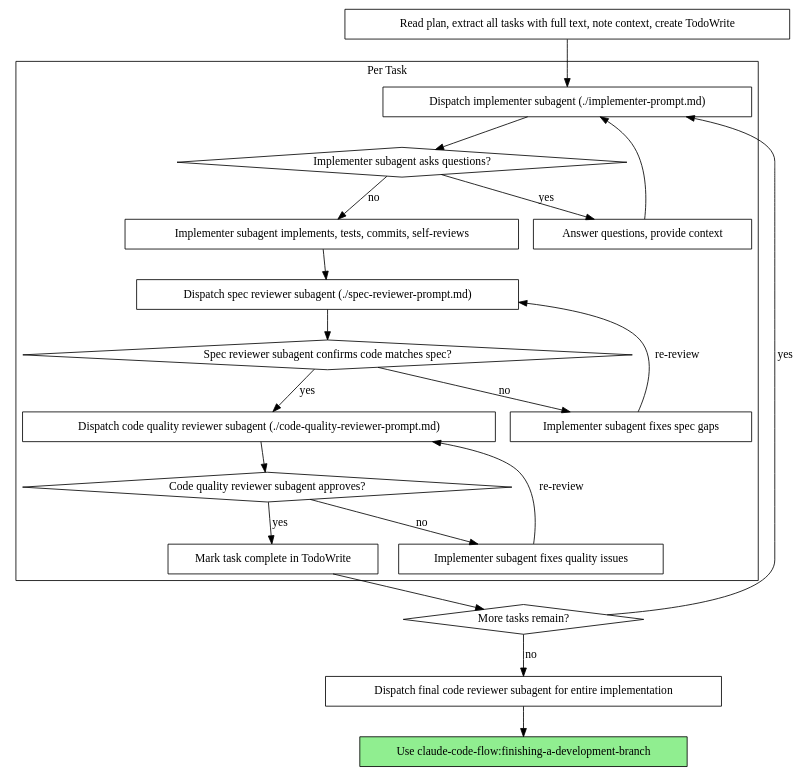
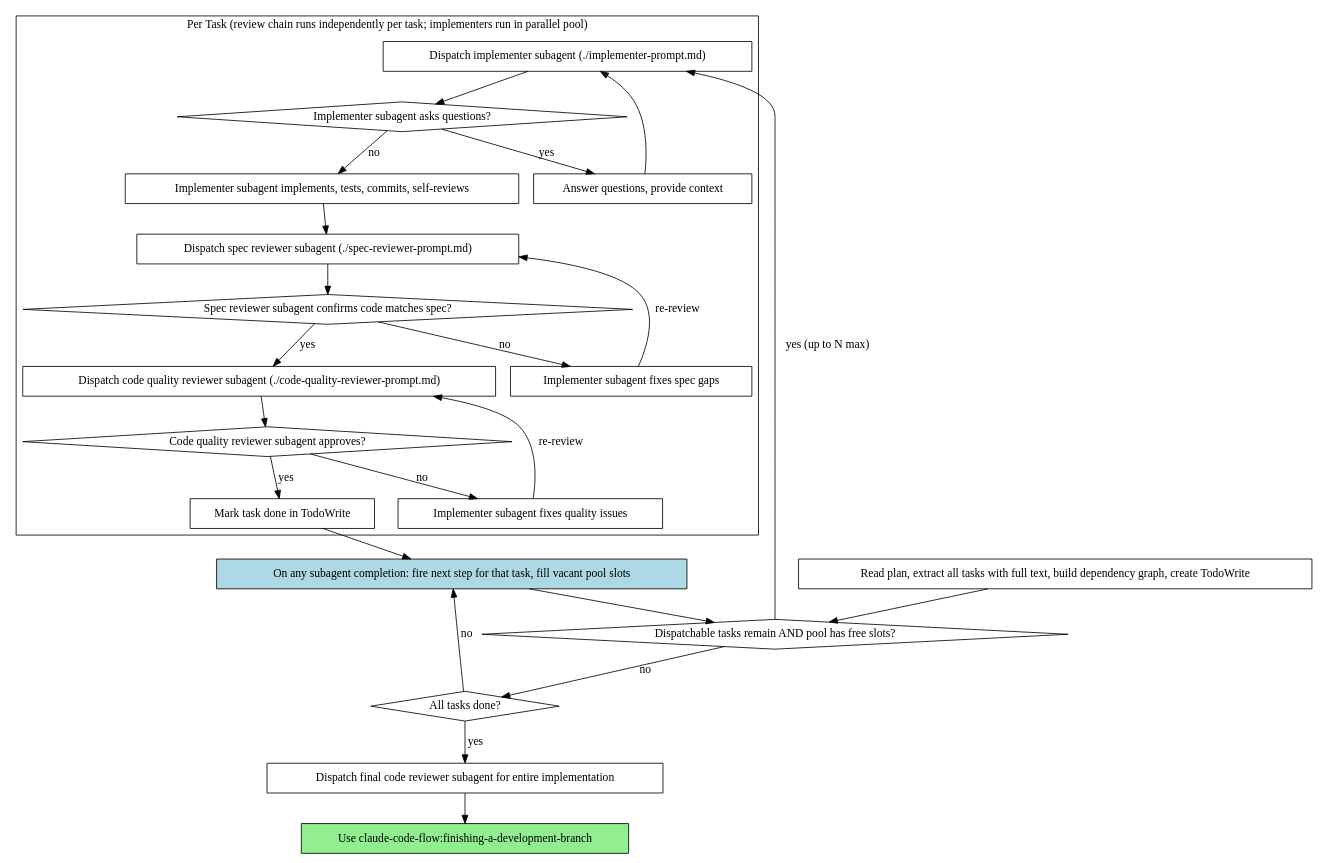
The second of 2 diagrams in skills/subagent-driven-development/SKILL.md (hgl-pong/claude-code-flow), drawn with Graphviz before and after one commit. The commit also changed other lines of this file and 9 other files, not shown here.

First line of the commit message:
feat(subagent-driven-dev): add parallel pool dispatch with dependency graph

````diff
--- a/skills/subagent-driven-development/SKILL.md
+++ b/skills/subagent-driven-development/SKILL.md
@@ -41,44 +41,49 @@
 ```dot
 digraph process {
     rankdir=TB;
 
     subgraph cluster_per_task {
-        label="Per Task";
+        label="Per Task (review chain runs independently per task; implementers run in parallel pool)";
         "Dispatch implementer subagent (./implementer-prompt.md)" [shape=box];
         "Implementer subagent asks questions?" [shape=diamond];
         "Answer questions, provide context" [shape=box];
         "Implementer subagent implements, tests, commits, self-reviews" [shape=box];
         "Dispatch spec reviewer subagent (./spec-reviewer-prompt.md)" [shape=box];
         "Spec reviewer subagent confirms code matches spec?" [shape=diamond];
         "Implementer subagent fixes spec gaps" [shape=box];
         "Dispatch code quality reviewer subagent (./code-quality-reviewer-prompt.md)" [shape=box];
         "Code quality reviewer subagent approves?" [shape=diamond];
         "Implementer subagent fixes quality issues" [shape=box];
-        "Mark task complete in TodoWrite" [shape=box];
+        "Mark task done in TodoWrite" [shape=box];
     }
 
-    "Read plan, extract all tasks with full text, note context, create TodoWrite" [shape=box];
-    "More tasks remain?" [shape=diamond];
+    "Read plan, extract all tasks with full text, build dependency graph, create TodoWrite" [shape=box];
+    "Dispatchable tasks remain AND pool has free slots?" [shape=diamond];
+    "On any subagent completion: fire next step for that task, fill vacant pool slots" [shape=box style=filled fillcolor=lightblue];
+    "All tasks done?" [shape=diamond];
     "Dispatch final code reviewer subagent for entire implementation" [shape=box];
     "Use claude-code-flow:finishing-a-development-branch" [shape=box style=filled fillcolor=lightgreen];
 
-    "Read plan, extract all tasks with full text, note context, create TodoWrite" -> "Dispatch implementer subagent (./implementer-prompt.md)";
+    "Read plan, extract all tasks with full text, build dependency graph, create TodoWrite" -> "Dispatchable tasks remain AND pool has free slots?";
+    "Dispatchable tasks remain AND pool has free slots?" -> "Dispatch implementer subagent (./implementer-prompt.md)" [label="yes (up to N max)"];
+    "Dispatchable tasks remain AND pool has free slots?" -> "All tasks done?" [label="no"];
     "Dispatch implementer subagent (./implementer-prompt.md)" -> "Implementer subagent asks questions?";
     "Implementer subagent asks questions?" -> "Answer questions, provide context" [label="yes"];
     "Answer questions, provide context" -> "Dispatch implementer subagent (./implementer-prompt.md)";
     "Implementer subagent asks questions?" -> "Implementer subagent implements, tests, commits, self-reviews" [label="no"];
     "Implementer subagent implements, tests, commits, self-reviews" -> "Dispatch spec reviewer subagent (./spec-reviewer-prompt.md)";
     "Dispatch spec reviewer subagent (./spec-reviewer-prompt.md)" -> "Spec reviewer subagent confirms code matches spec?";
     "Spec reviewer subagent confirms code matches spec?" -> "Implementer subagent fixes spec gaps" [label="no"];
     "Implementer subagent fixes spec gaps" -> "Dispatch spec reviewer subagent (./spec-reviewer-prompt.md)" [label="re-review"];
     "Spec reviewer subagent confirms code matches spec?" -> "Dispatch code quality reviewer subagent (./code-quality-reviewer-prompt.md)" [label="yes"];
     "Dispatch code quality reviewer subagent (./code-quality-reviewer-prompt.md)" -> "Code quality reviewer subagent approves?";
     "Code quality reviewer subagent approves?" -> "Implementer subagent fixes quality issues" [label="no"];
     "Implementer subagent fixes quality issues" -> "Dispatch code quality reviewer subagent (./code-quality-reviewer-prompt.md)" [label="re-review"];
-    "Code quality reviewer subagent approves?" -> "Mark task complete in TodoWrite" [label="yes"];
-    "Mark task complete in TodoWrite" -> "More tasks remain?";
-    "More tasks remain?" -> "Dispatch implementer subagent (./implementer-prompt.md)" [label="yes"];
-    "More tasks remain?" -> "Dispatch final code reviewer subagent for entire implementation" [label="no"];
+    "Code quality reviewer subagent approves?" -> "Mark task done in TodoWrite" [label="yes"];
+    "Mark task done in TodoWrite" -> "On any subagent completion: fire next step for that task, fill vacant pool slots";
+    "On any subagent completion: fire next step for that task, fill vacant pool slots" -> "Dispatchable tasks remain AND pool has free slots?";
+    "All tasks done?" -> "Dispatch final code reviewer subagent for entire implementation" [label="yes"];
+    "All tasks done?" -> "On any subagent completion: fire next step for that task, fill vacant pool slots" [label="no"];
     "Dispatch final code reviewer subagent for entire implementation" -> "Use claude-code-flow:finishing-a-development-branch";
 }
 ```
````
